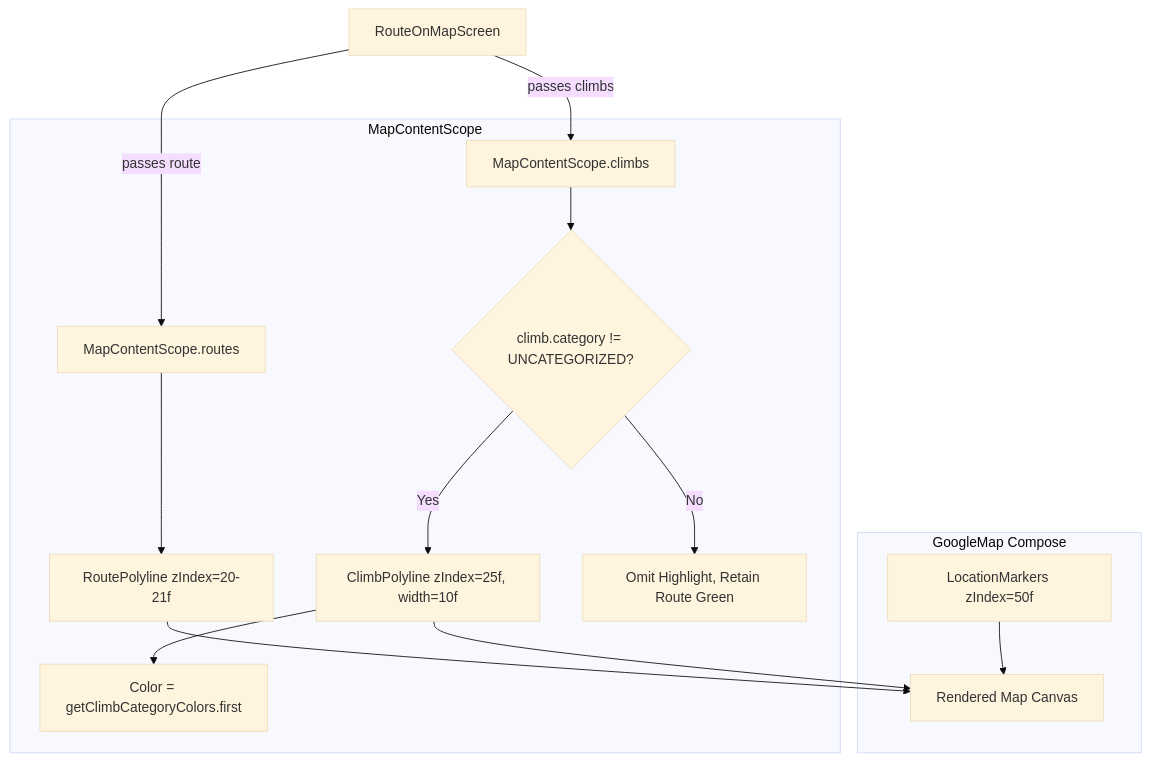
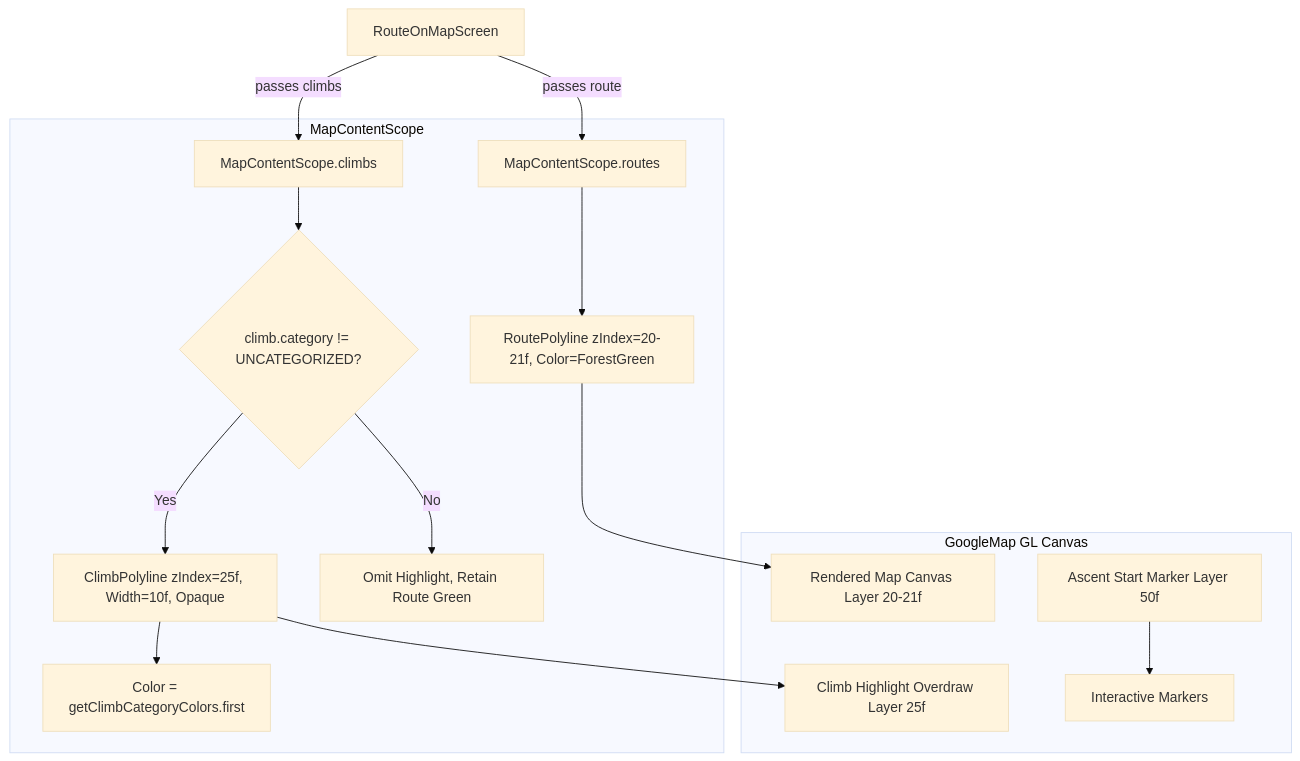
Before and after one commit to rainerblind/aTrainingTracker: the diagram in docs/engineering/analysis/ATT-2509_analysis.md, drawn with Mermaid (base theme). The commit also changed other lines of this file, not shown here.

Commit message:
docs(analysis): address Gate 1 review comments on overdraw geometry and traceability (ATT-2509)

````diff
--- a/docs/engineering/analysis/ATT-2509_analysis.md
+++ b/docs/engineering/analysis/ATT-2509_analysis.md
@@ -70,19 +87,19 @@
 ```mermaid
 flowchart TD
     A[RouteOnMapScreen] -->|passes route| B[MapContentScope.routes]
     A -->|passes climbs| C[MapContentScope.climbs]
     
     subgraph MapContentScope
-        B --> D[RoutePolyline zIndex=20-21f]
+        B --> D[RoutePolyline zIndex=20-21f, Color=ForestGreen]
         C --> E{climb.category != UNCATEGORIZED?}
-        E -- Yes --> F[ClimbPolyline zIndex=25f, width=10f]
+        E -- Yes --> F[ClimbPolyline zIndex=25f, Width=10f, Opaque]
         E -- No --> G[Omit Highlight, Retain Route Green]
         F --> H[Color = getClimbCategoryColors.first]
     end
     
-    subgraph GoogleMap Compose
-        D --> I[Rendered Map Canvas]
-        F --> I
-        J[LocationMarkers zIndex=50f] --> I
+    subgraph GoogleMap GL Canvas
+        D --> I[Rendered Map Canvas Layer 20-21f]
+        F --> J[Climb Highlight Overdraw Layer 25f]
+        K[Ascent Start Marker Layer 50f] --> L[Interactive Markers]
     end
 ```
````
